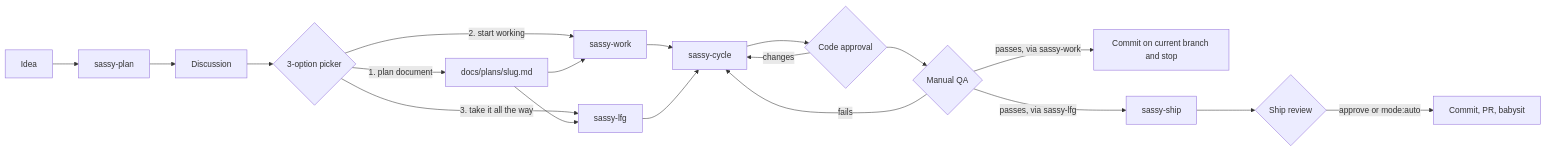
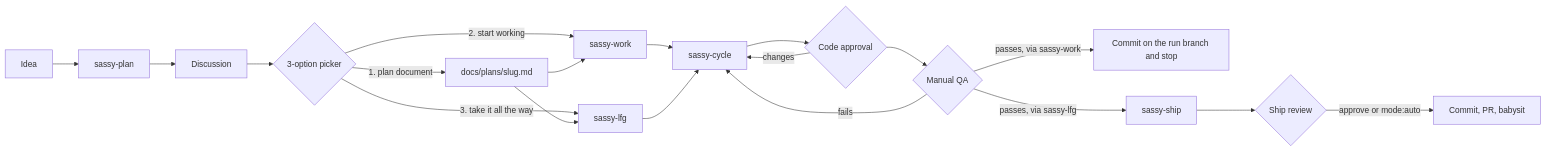
One commit to sassywares/sassy-skills changed the first of 2 diagrams in README.md. Above: the diagram before and after it, drawn with Mermaid. The commit also changed other lines of this file and 10 other files, not shown here.

````diff
--- a/README.md
+++ b/README.md
@@ -192,21 +192,21 @@
 ```mermaid
 flowchart LR
   A[Idea] --> B[sassy-plan]
   B --> C[Discussion]
   C --> D{3-option picker}
   D -->|1. plan document| E[docs/plans/slug.md]
   D -->|2. start working| F[sassy-work]
   D -->|3. take it all the way| G[sassy-lfg]
   E --> F
   E --> G
   F --> H[sassy-cycle]
   G --> H
   H --> I{Code approval}
   I -->|changes| H
   I --> Q{Manual QA}
   Q -->|fails| H
-  Q -->|passes, via sassy-work| J[Commit on current branch and stop]
+  Q -->|passes, via sassy-work| J[Commit on the run branch and stop]
   Q -->|passes, via sassy-lfg| K[sassy-ship]
   K --> L{Ship review}
   L -->|approve or mode:auto| M[Commit, PR, babysit]
 ```
````
